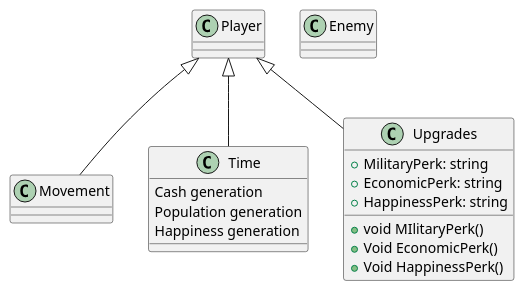
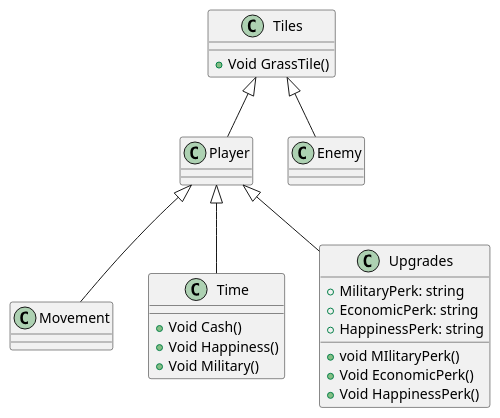
The diagram in Game.puml (Hamsterbil/Exam-Game), drawn with PlantUML before and after one commit.

Commit message:
Plantuml tiles and time

```diff
--- a/Game.puml
+++ b/Game.puml
@@ -1,54 +1,48 @@
 @startuml
 
 
 class Player
 {
     
 }
 
 Player <|-- Movement
 Player <|-- Time
 Player <|-- Upgrades
-
+Tiles <|-- Enemy
+Tiles <|-- Player
 
 Class Movement
 {
 
 }
 
 class Upgrades
 {
     +MilitaryPerk: string
     +EconomicPerk: string
     +HappinessPerk: string
     
     +void MIlitaryPerk()
     +Void EconomicPerk()
     +Void HappinessPerk()
 }
 
 class Enemy
 {
 
 }
 
+class Tiles
+{
+    +Void GrassTile()
+}
+
 Class Time
 {
-    Cash generation
-    Population generation
-    Happiness generation
+    +Void Cash()
+    +Void Happiness()
+    +Void Military()
 }
 
-
-
-
-
-
-
-
-
-
-
-
-
 @enduml
```
